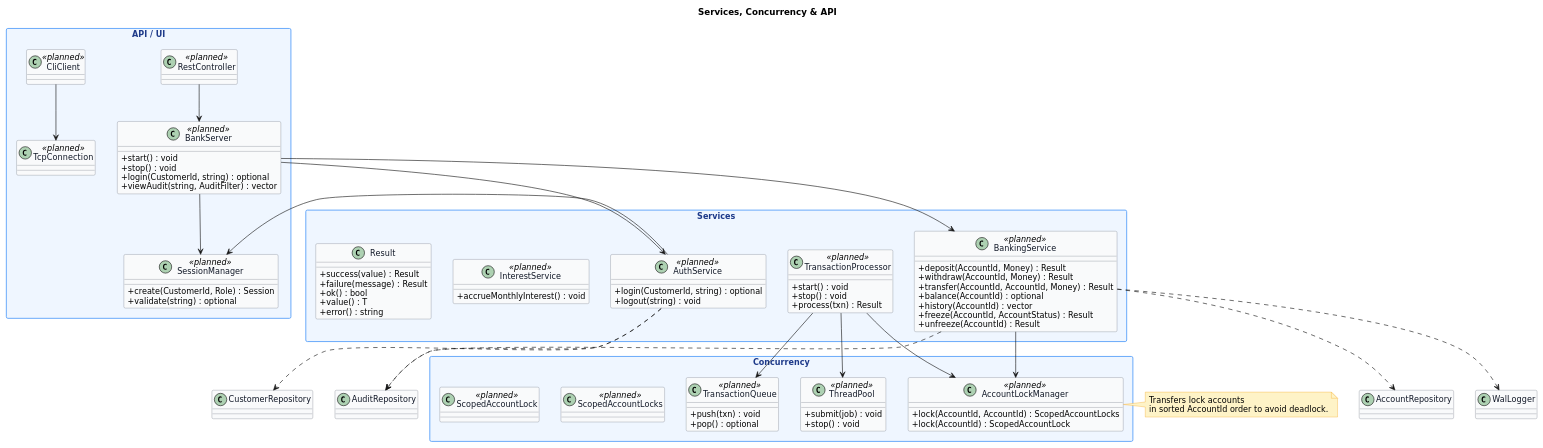
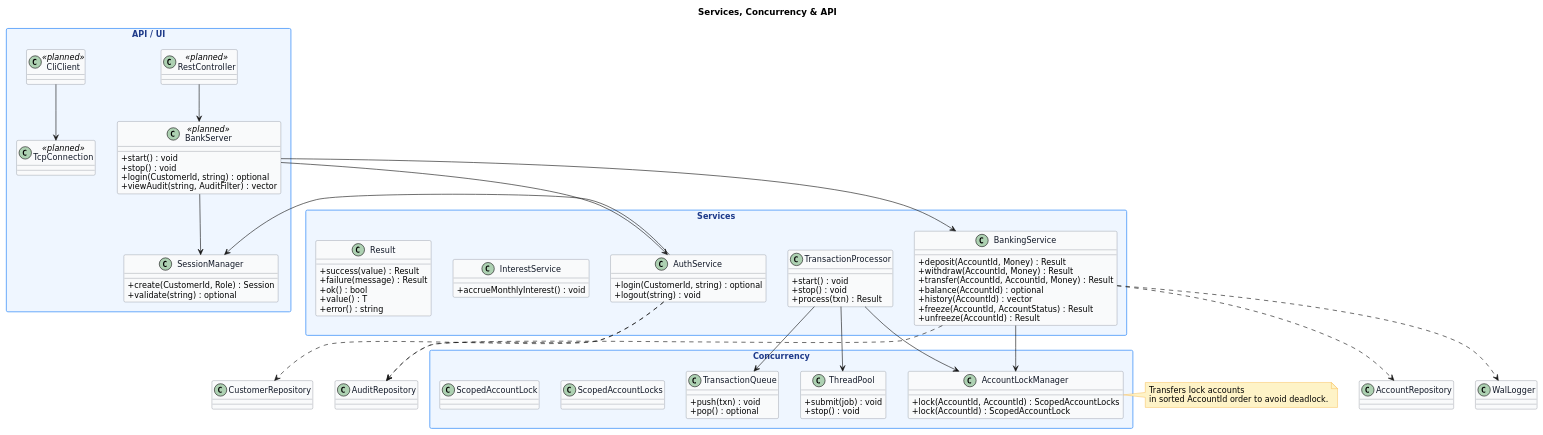
Before and after one commit to alichlaifa/Bank_Managment_System: the diagram in docs/uml/class/04c_class_services.puml, drawn with PlantUML. The commit also changed 4 other files, not shown here.

First line of the commit message:
docs(services): plan for SessionManager, AuthService, BankingService

```diff
--- a/docs/uml/class/04c_class_services.puml
+++ b/docs/uml/class/04c_class_services.puml
@@ -1,103 +1,103 @@
 @startuml 04c_class_services
 skinparam backgroundColor #FFFFFF
 skinparam shadowing false
 skinparam defaultFontName "DejaVu Sans"
 skinparam defaultFontSize 13
 skinparam classBackgroundColor #F9FAFB
 skinparam classBorderColor #6B7280
 skinparam classFontColor #111827
 skinparam packageStyle rectangle
 skinparam packageBackgroundColor #EFF6FF
 skinparam packageBorderColor #60A5FA
 skinparam packageFontColor #1E3A8A
 skinparam packageFontStyle bold
 skinparam noteBackgroundColor #FEF3C7
 skinparam noteBorderColor #F59E0B
 skinparam classAttributeIconSize 0
 title Services, Concurrency & API
 
 package "Concurrency" {
-  class ThreadPool <<planned>> {
+  class ThreadPool {
     + submit(job) : void
     + stop() : void
   }
-  class TransactionQueue <<planned>> {
+  class TransactionQueue {
     + push(txn) : void
     + pop() : optional
   }
-  class AccountLockManager <<planned>> {
+  class AccountLockManager {
     + lock(AccountId, AccountId) : ScopedAccountLocks
     + lock(AccountId) : ScopedAccountLock
   }
-  class ScopedAccountLocks <<planned>>
-  class ScopedAccountLock <<planned>>
+  class ScopedAccountLocks
+  class ScopedAccountLock
 }
 
 package "Services" {
-  class AuthService <<planned>> {
+  class AuthService {
     + login(CustomerId, string) : optional
     + logout(string) : void
   }
-  class BankingService <<planned>> {
+  class BankingService {
     + deposit(AccountId, Money) : Result
     + withdraw(AccountId, Money) : Result
     + transfer(AccountId, AccountId, Money) : Result
     + balance(AccountId) : optional
     + history(AccountId) : vector
     + freeze(AccountId, AccountStatus) : Result
     + unfreeze(AccountId) : Result
   }
-  class TransactionProcessor <<planned>> {
+  class TransactionProcessor {
     + start() : void
     + stop() : void
     + process(txn) : Result
   }
-  class InterestService <<planned>> {
+  class InterestService {
     + accrueMonthlyInterest() : void
   }
   class Result {
     + success(value) : Result
     + failure(message) : Result
     + ok() : bool
     + value() : T
     + error() : string
   }
 }
 
 package "API / UI" {
   class BankServer <<planned>> {
     + start() : void
     + stop() : void
     + login(CustomerId, string) : optional
     + viewAudit(string, AuditFilter) : vector
   }
-  class SessionManager <<planned>> {
+  class SessionManager {
     + create(CustomerId, Role) : Session
     + validate(string) : optional
   }
   class TcpConnection <<planned>>
   class RestController <<planned>>
   class CliClient <<planned>>
 }
 
 BankingService --> AccountLockManager
 BankingService ..> AccountRepository
 BankingService ..> AuditRepository
 BankingService ..> WalLogger
 AuthService ..> CustomerRepository
 AuthService ..> AuditRepository
 TransactionProcessor --> ThreadPool
 TransactionProcessor --> TransactionQueue
 TransactionProcessor --> AccountLockManager
 AuthService --> SessionManager
 BankServer --> AuthService
 BankServer --> BankingService
 BankServer --> SessionManager
 RestController --> BankServer
 CliClient --> TcpConnection
 
 note right of AccountLockManager
   Transfers lock accounts
   in sorted AccountId order to avoid deadlock.
 end note
 @enduml
```
